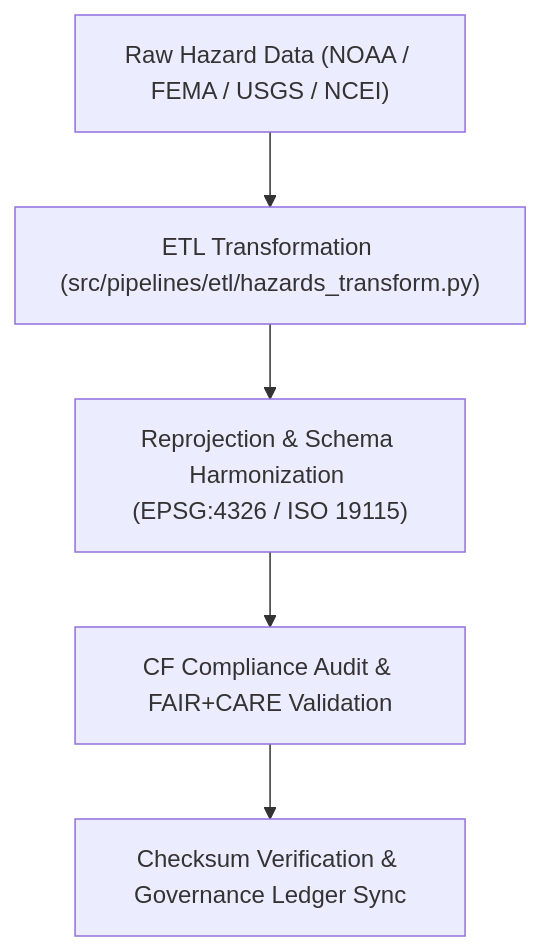
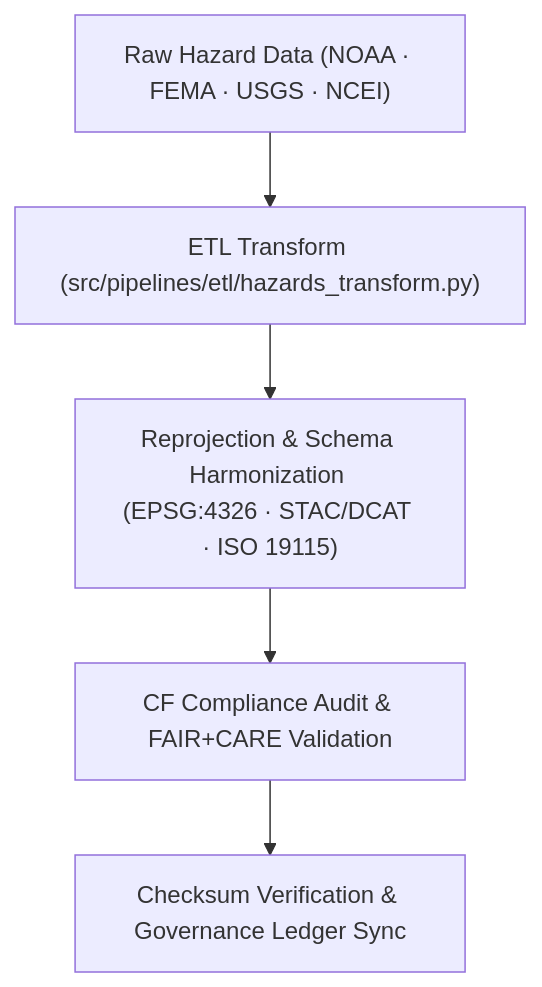
Before and after one commit to bartytime4life/Kansas-Frontier-Matrix: the diagram in data/work/tmp/hazards/transforms/README.md, drawn with Mermaid. The commit also changed other lines of this file, not shown here.

````diff
--- a/data/work/tmp/hazards/transforms/README.md
+++ b/data/work/tmp/hazards/transforms/README.md
@@ -66,7 +68,7 @@
 ```mermaid
 flowchart TD
-    A["Raw Hazard Data (NOAA / FEMA / USGS / NCEI)"] --> B["ETL Transformation (src/pipelines/etl/hazards_transform.py)"]
-    B --> C["Reprojection & Schema Harmonization (EPSG:4326 / ISO 19115)"]
+    A["Raw Hazard Data (NOAA · FEMA · USGS · NCEI)"] --> B["ETL Transform (src/pipelines/etl/hazards_transform.py)"]
+    B --> C["Reprojection & Schema Harmonization (EPSG:4326 · STAC/DCAT · ISO 19115)"]
     C --> D["CF Compliance Audit & FAIR+CARE Validation"]
     D --> E["Checksum Verification & Governance Ledger Sync"]
 ```
````
